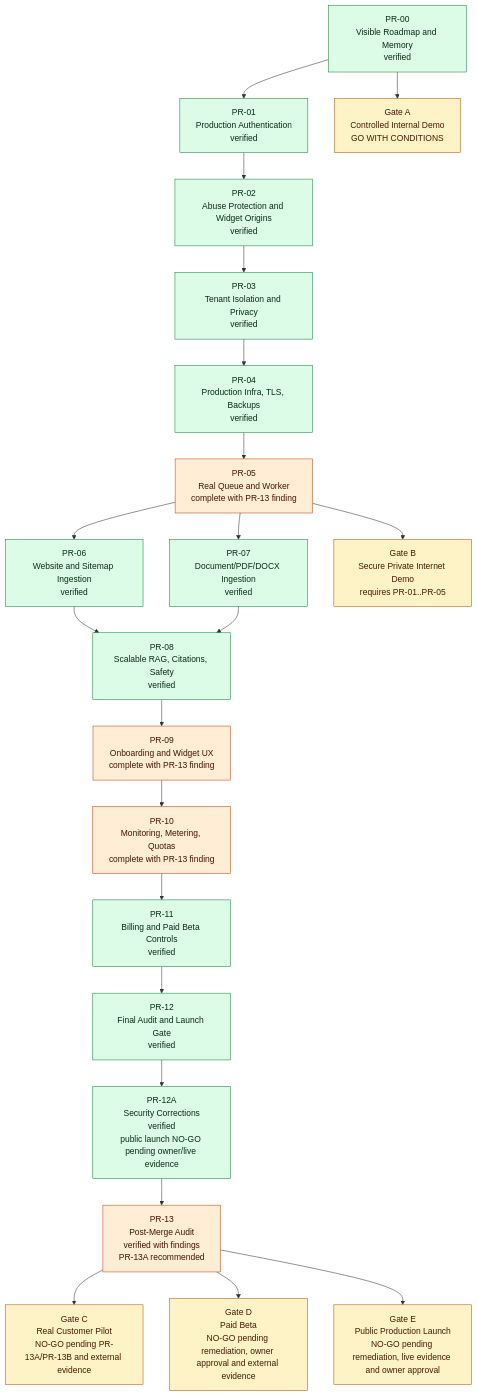
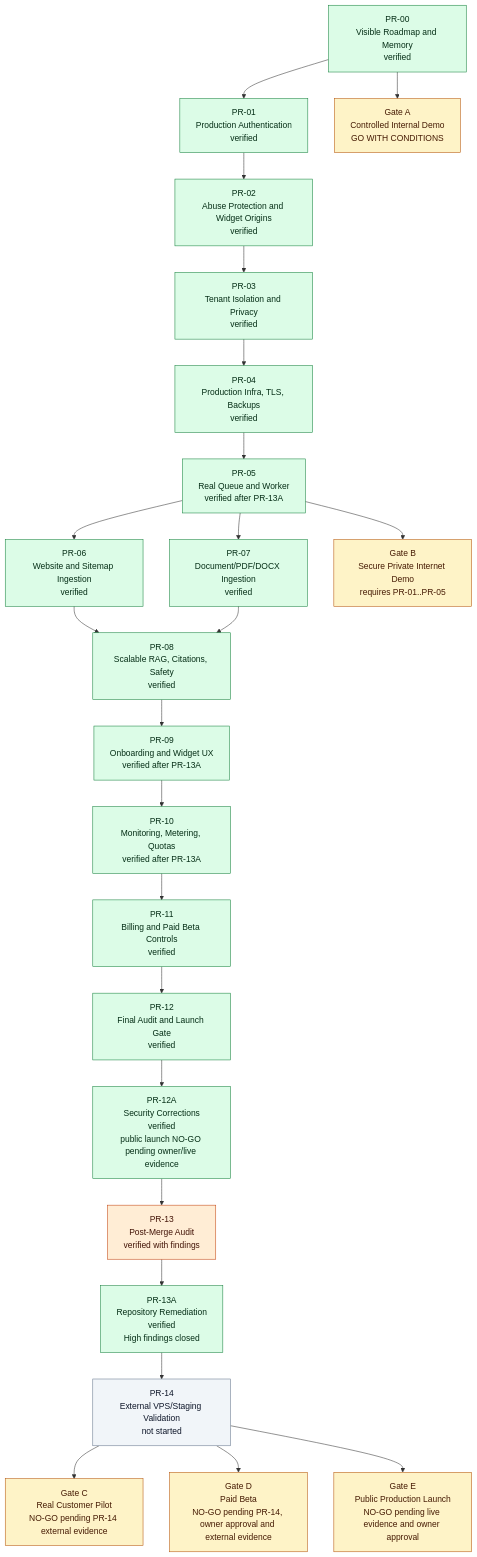
One commit to Tauhid-dev/AI-Magnet changed the diagram in production-control/03_PHASE_DEPENDENCY_GRAPH.md. Above: the diagram before and after it, drawn with Mermaid. The commit also changed other lines of this file and 54 other files, not shown here.

Commit message:
fix: close PR-13 repository remediation findings

````diff
--- a/production-control/03_PHASE_DEPENDENCY_GRAPH.md
+++ b/production-control/03_PHASE_DEPENDENCY_GRAPH.md
@@ -5,47 +5,50 @@
 ```mermaid
 flowchart TB
     PR00["PR-00<br/>Visible Roadmap and Memory<br/>verified"]
     PR01["PR-01<br/>Production Authentication<br/>verified"]
     PR02["PR-02<br/>Abuse Protection and Widget Origins<br/>verified"]
     PR03["PR-03<br/>Tenant Isolation and Privacy<br/>verified"]
     PR04["PR-04<br/>Production Infra, TLS, Backups<br/>verified"]
-    PR05["PR-05<br/>Real Queue and Worker<br/>complete with PR-13 finding"]
+    PR05["PR-05<br/>Real Queue and Worker<br/>verified after PR-13A"]
     PR06["PR-06<br/>Website and Sitemap Ingestion<br/>verified"]
     PR07["PR-07<br/>Document/PDF/DOCX Ingestion<br/>verified"]
     PR08["PR-08<br/>Scalable RAG, Citations, Safety<br/>verified"]
-    PR09["PR-09<br/>Onboarding and Widget UX<br/>complete with PR-13 finding"]
-    PR10["PR-10<br/>Monitoring, Metering, Quotas<br/>complete with PR-13 finding"]
+    PR09["PR-09<br/>Onboarding and Widget UX<br/>verified after PR-13A"]
+    PR10["PR-10<br/>Monitoring, Metering, Quotas<br/>verified after PR-13A"]
     PR11["PR-11<br/>Billing and Paid Beta Controls<br/>verified"]
     PR12["PR-12<br/>Final Audit and Launch Gate<br/>verified"]
     PR12A["PR-12A<br/>Security Corrections<br/>verified<br/>public launch NO-GO pending owner/live evidence"]
-    PR13["PR-13<br/>Post-Merge Audit<br/>verified with findings<br/>PR-13A recommended"]
+    PR13["PR-13<br/>Post-Merge Audit<br/>verified with findings"]
+    PR13A["PR-13A<br/>Repository Remediation<br/>verified<br/>High findings closed"]
+    PR14["PR-14<br/>External VPS/Staging Validation<br/>not started"]
 
     GateA["Gate A<br/>Controlled Internal Demo<br/>GO WITH CONDITIONS"]
     GateB["Gate B<br/>Secure Private Internet Demo<br/>requires PR-01..PR-05"]
-    GateC["Gate C<br/>Real Customer Pilot<br/>NO-GO pending PR-13A/PR-13B and external evidence"]
-    GateD["Gate D<br/>Paid Beta<br/>NO-GO pending remediation, owner approval and external evidence"]
-    GateE["Gate E<br/>Public Production Launch<br/>NO-GO pending remediation, live evidence and owner approval"]
+    GateC["Gate C<br/>Real Customer Pilot<br/>NO-GO pending PR-14 external evidence"]
+    GateD["Gate D<br/>Paid Beta<br/>NO-GO pending PR-14, owner approval and external evidence"]
+    GateE["Gate E<br/>Public Production Launch<br/>NO-GO pending live evidence and owner approval"]
 
     PR00 --> PR01 --> PR02 --> PR03 --> PR04 --> PR05
     PR05 --> PR06
     PR05 --> PR07
     PR06 --> PR08
     PR07 --> PR08
-    PR08 --> PR09 --> PR10 --> PR11 --> PR12 --> PR12A --> PR13
+    PR08 --> PR09 --> PR10 --> PR11 --> PR12 --> PR12A --> PR13 --> PR13A --> PR14
 
     PR00 --> GateA
     PR05 --> GateB
-    PR13 --> GateC
-    PR13 --> GateD
-    PR13 --> GateE
+    PR14 --> GateC
+    PR14 --> GateD
+    PR14 --> GateE
 
     classDef verified fill:#dcfce7,stroke:#15803d,color:#052e16
     classDef blocker fill:#fee2e2,stroke:#b91c1c,color:#450a0a
     classDef high fill:#ffedd5,stroke:#c2410c,color:#431407
     classDef notStarted fill:#f1f5f9,stroke:#64748b,color:#0f172a
     classDef gate fill:#fef3c7,stroke:#b45309,color:#451a03
 
-    class PR00,PR01,PR02,PR03,PR04,PR06,PR07,PR08,PR11,PR12,PR12A verified
-    class PR05,PR09,PR10,PR13 high
+    class PR00,PR01,PR02,PR03,PR04,PR05,PR06,PR07,PR08,PR09,PR10,PR11,PR12,PR12A,PR13A verified
+    class PR13 high
+    class PR14 notStarted
     class GateA,GateB,GateC,GateD,GateE gate
 ```
````
